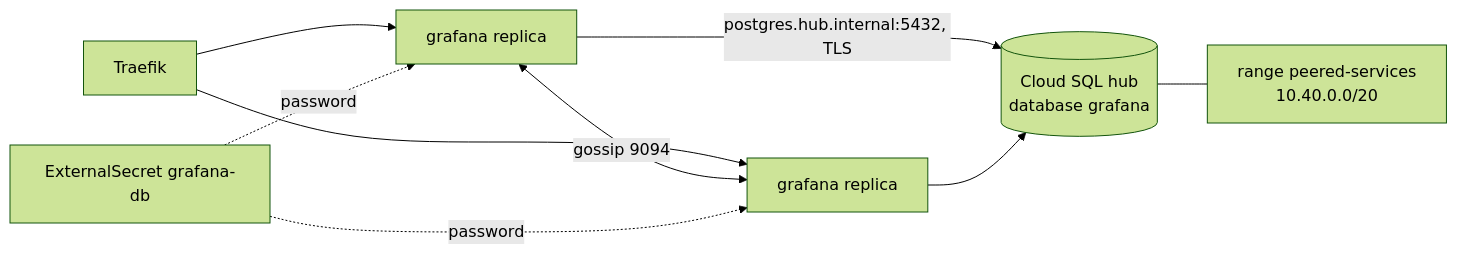
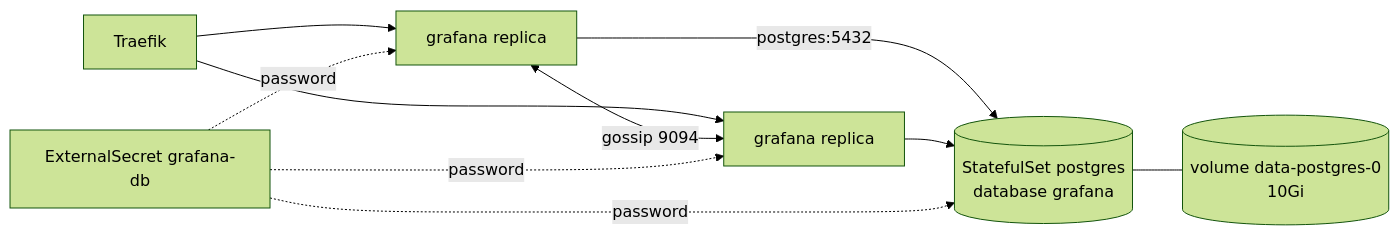
One commit to arikkfir-org/docs changed the second of 2 diagrams in hub/designs/disruption-budgets.md. Above: the diagram before and after it, drawn with Mermaid (forest theme). The commit also changed other lines of this file and 1 other file, not shown here.

First line of the commit message:
docs(hub): Grafana's PostgreSQL runs in its namespace, not Cloud SQL

````diff
--- a/hub/designs/disruption-budgets.md
+++ b/hub/designs/disruption-budgets.md
@@ -62,11 +62,12 @@
 ```mermaid
 flowchart LR
   T[Traefik] --> G1[grafana replica]
   T --> G2[grafana replica]
   G1 <-->|gossip 9094| G2
-  G1 -- "postgres.hub.internal:5432, TLS" --> SQL[(Cloud SQL hub<br/>database grafana)]
-  G2 --> SQL
+  G1 -- "postgres:5432" --> PG[(StatefulSet postgres<br/>database grafana)]
+  G2 --> PG
+  PG --- V[(volume data-postgres-0<br/>10Gi)]
   ESO[ExternalSecret grafana-db] -. password .-> G1
   ESO -. password .-> G2
-  SQL --- PSA[range peered-services<br/>10.40.0.0/20]
+  ESO -. password .-> PG
 ```
````
